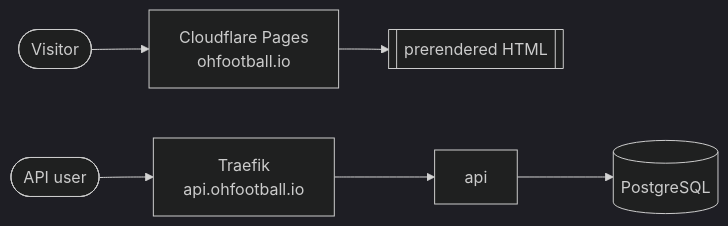
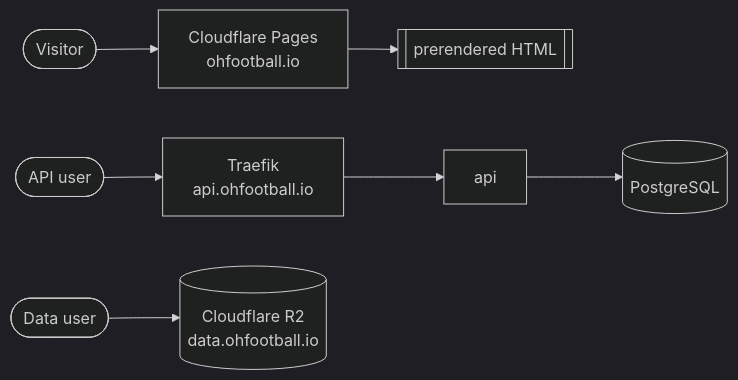
The fourth of 4 diagrams in docs/architecture.md (StephenODea54/ohfootball.io), drawn with Mermaid (dark theme) before and after one commit. The commit also changed other lines of this file and 5 other files, not shown here.

````diff
--- a/docs/architecture.md
+++ b/docs/architecture.md
@@ -210,5 +225,6 @@
 ```mermaid
 flowchart LR
     visitor(["Visitor"]) --> pages["Cloudflare Pages<br/>ohfootball.io"] --> files[["prerendered HTML"]]
     caller(["API user"]) --> proxy["Traefik<br/>api.ohfootball.io"] --> api["api"] --> warehouse[("PostgreSQL")]
+    reader(["Data user"]) --> r2[("Cloudflare R2<br/>data.ohfootball.io")]
 ```
````
